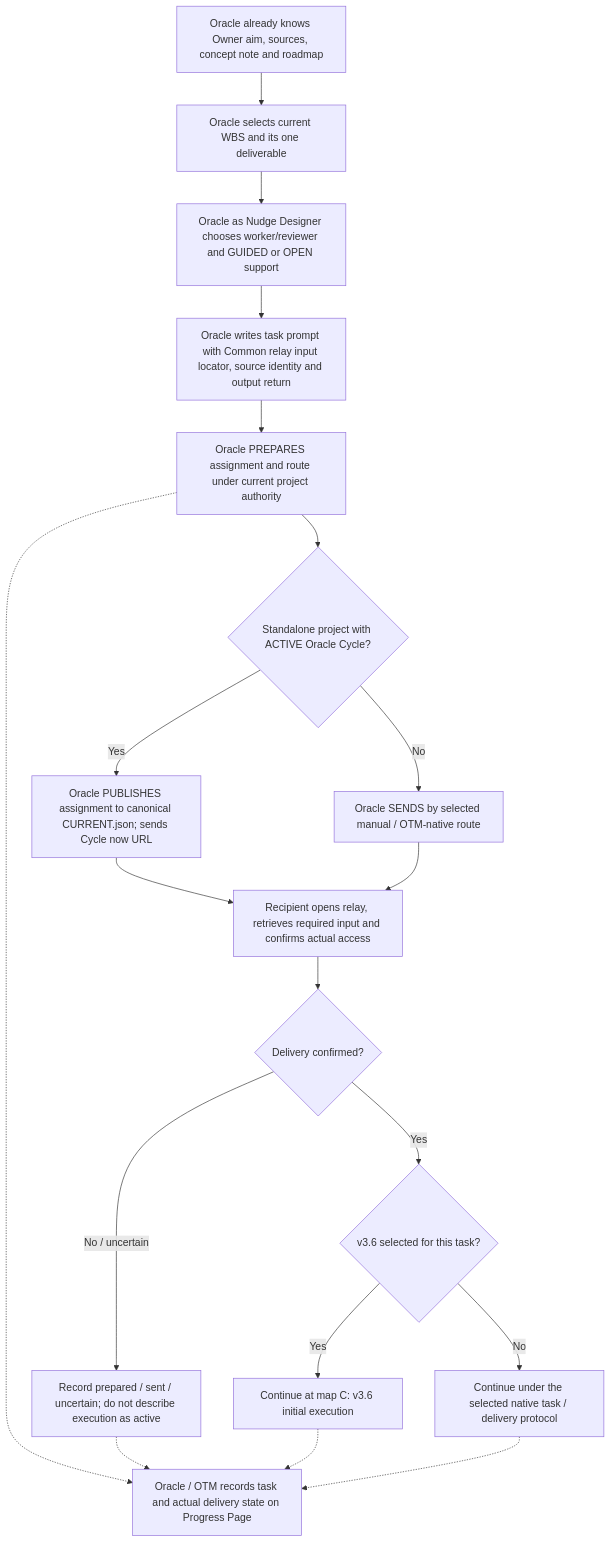
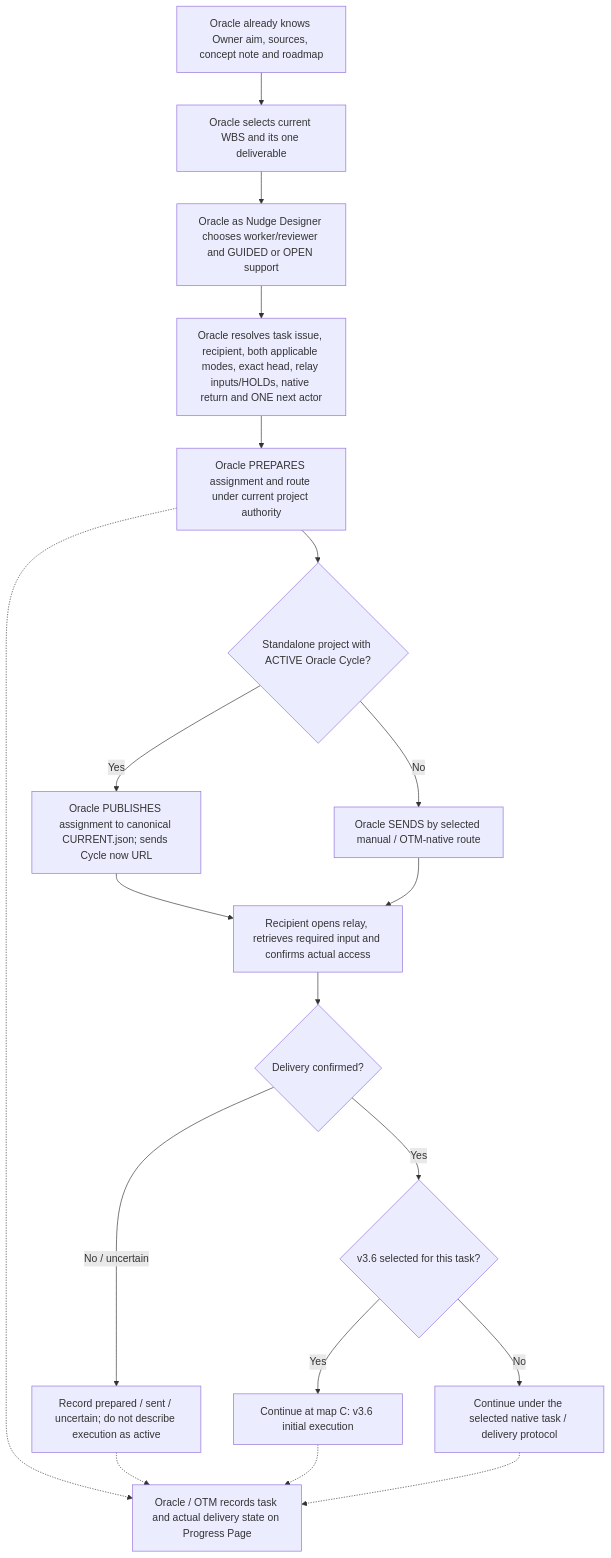
The second of 5 diagrams in skills/agent-work/ENTRY_PROCESS_MAPS.md (reallakshman19/Common), drawn with Mermaid before and after one commit. The commit also changed other lines of this file, not shown here.

Commit message:
docs(agent-work): executable spine with measured agent and Oracle continuity

````diff
--- a/skills/agent-work/ENTRY_PROCESS_MAPS.md
+++ b/skills/agent-work/ENTRY_PROCESS_MAPS.md
@@ -56,21 +56,21 @@
 ```mermaid
 flowchart TD
   B0["Oracle already knows Owner aim, sources, concept note and roadmap"] --> B1["Oracle selects current WBS and its one deliverable"]
   B1 --> B2["Oracle as Nudge Designer chooses worker/reviewer and GUIDED or OPEN support"]
-  B2 --> B3["Oracle writes task prompt with Common relay input locator, source identity and output return"]
+  B2 --> B3["Oracle resolves task issue, recipient, both applicable modes, exact head, relay inputs/HOLDs, native return and ONE next actor"]
   B3 --> B4["Oracle PREPARES assignment and route under current project authority"]
   B4 --> B5{"Standalone project with ACTIVE Oracle Cycle?"}
   B5 -->|Yes| B6["Oracle PUBLISHES assignment to canonical CURRENT.json; sends Cycle now URL"]
   B5 -->|No| B7["Oracle SENDS by selected manual / OTM-native route"]
   B6 --> B8["Recipient opens relay, retrieves required input and confirms actual access"]
   B7 --> B8
   B8 --> B9{"Delivery confirmed?"}
   B9 -->|No / uncertain| BX["Record prepared / sent / uncertain; do not describe execution as active"]
   B9 -->|Yes| B10{"v3.6 selected for this task?"}
   B10 -->|Yes| B11["Continue at map C: v3.6 initial execution"]
   B10 -->|No| B12["Continue under the selected native task / delivery protocol"]
   B4 -.-> BP["Oracle / OTM records task and actual delivery state on Progress Page"]
   BX -.-> BP
   B11 -.-> BP
   B12 -.-> BP
 ```
````
